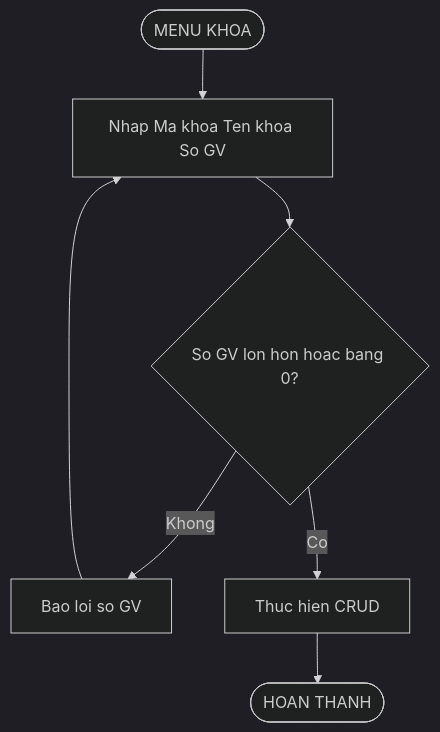
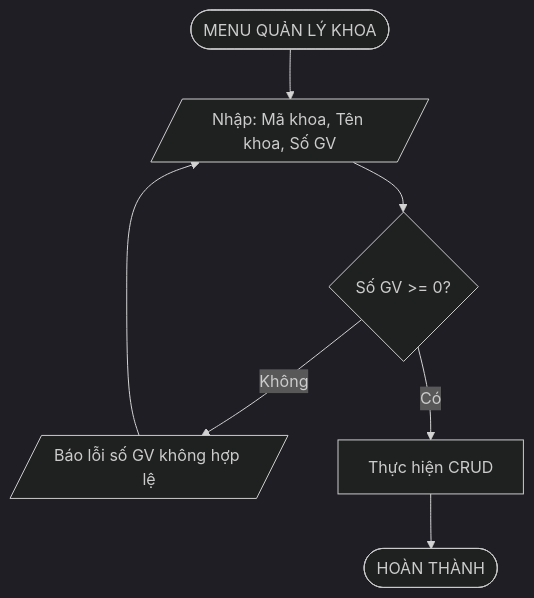
Diagram 16 of 20 in docs/Flowcharts/Flowcharts.md (phucphuc2006/pro-192), drawn with Mermaid (dark theme) before and after one commit. The commit also changed other lines of this file, not shown here.

Commit message:
Restore original Mermaid flowcharts

````diff
--- a/docs/Flowcharts/Flowcharts.md
+++ b/docs/Flowcharts/Flowcharts.md
@@ -242,9 +277,9 @@
 ```mermaid
 flowchart TD
-    A(["MENU KHOA"]) --> B["Nhap Ma khoa Ten khoa So GV"]
-    B --> C{"So GV lon hon hoac bang 0?"}
-    C -->|Khong| D["Bao loi so GV"]
+    A([MENU QUẢN LÝ KHOA]) --> B[/Nhập: Mã khoa, Tên khoa, Số GV/]
+    B --> C{Số GV >= 0?}
+    C -->|Không| D[/Báo lỗi số GV không hợp lệ/]
     D --> B
-    C -->|Co| E["Thuc hien CRUD"]
-    E --> F(["HOAN THANH"])
+    C -->|Có| E[Thực hiện CRUD]
+    E --> F([HOÀN THÀNH])
 ```
````
